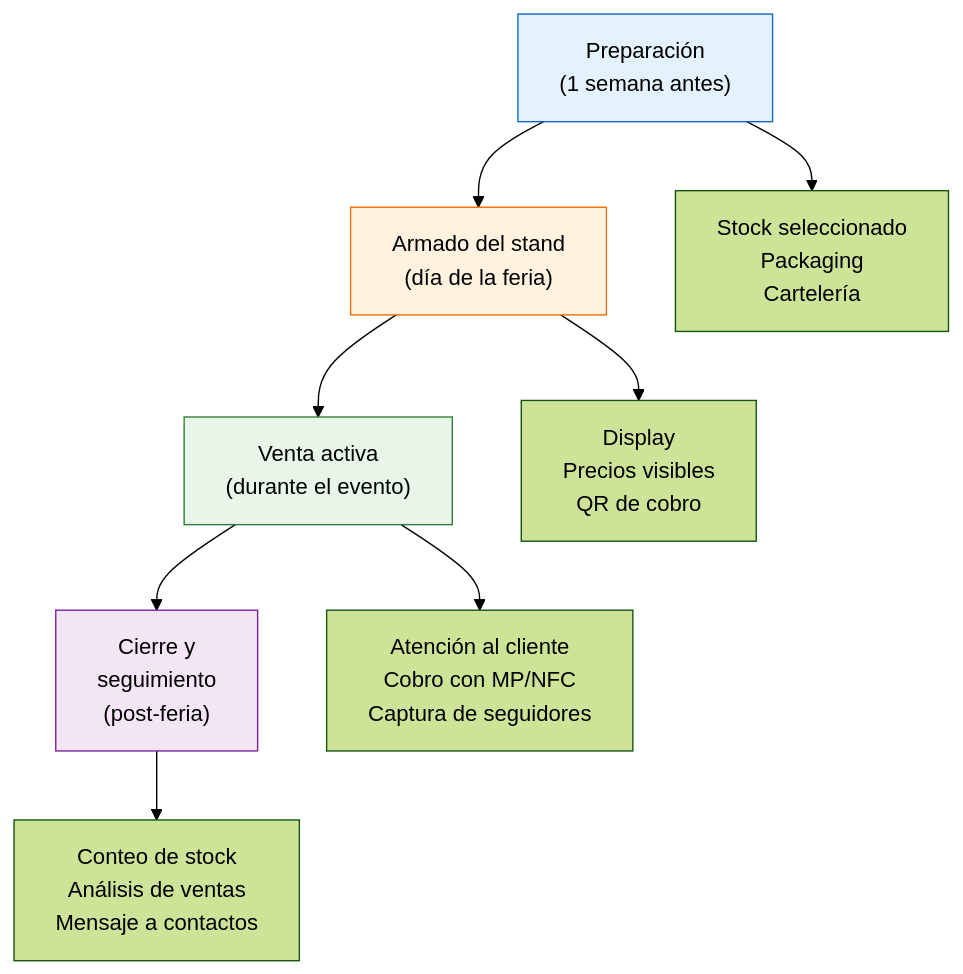
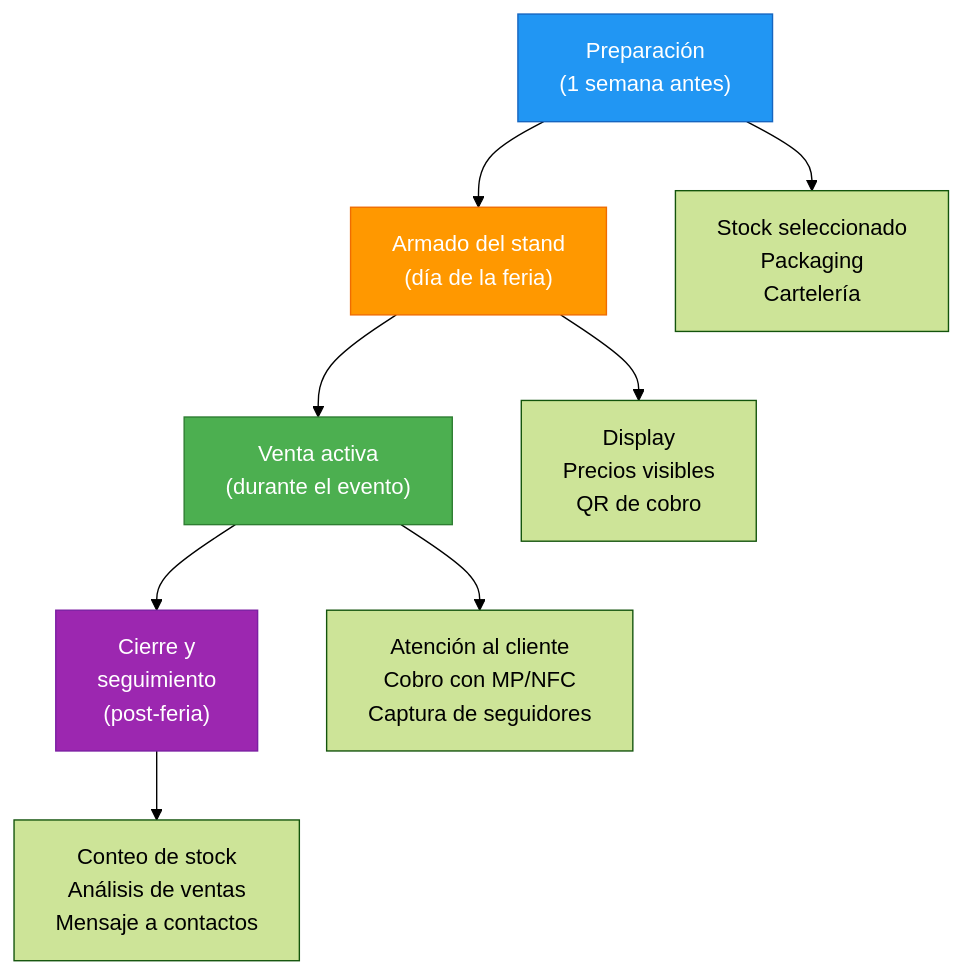
One commit to barrosignacioezequiel-coder/docs changed the diagram in app/paso1-argentina/crecer-gestionar/popup-stores-ferias.mdx. Above: the diagram before and after it, drawn with Mermaid (forest theme). The commit also changed 66 other files, not shown here.

First line of the commit message:
fix: resolve Mermaid v11 numbered list errors + improve contrast

````diff
--- a/app/paso1-argentina/crecer-gestionar/popup-stores-ferias.mdx
+++ b/app/paso1-argentina/crecer-gestionar/popup-stores-ferias.mdx
@@ -51,16 +51,16 @@
 ```mermaid
 graph TD
     A["Preparación<br/>(1 semana antes)"] --> B["Armado del stand<br/>(día de la feria)"]
     B --> C["Venta activa<br/>(durante el evento)"]
     C --> D["Cierre y<br/>seguimiento<br/>(post-feria)"]
 
     A --> A1["Stock seleccionado<br/>Packaging<br/>Cartelería"]
     B --> B1["Display<br/>Precios visibles<br/>QR de cobro"]
     C --> C1["Atención al cliente<br/>Cobro con MP/NFC<br/>Captura de seguidores"]
     D --> D1["Conteo de stock<br/>Análisis de ventas<br/>Mensaje a contactos"]
 
-    style A fill:#e3f2fd,stroke:#1565c0
-    style B fill:#fff3e0,stroke:#ef6c00
-    style C fill:#e8f5e9,stroke:#2e7d32
-    style D fill:#f3e5f5,stroke:#7b1fa2
+    style A fill:#2196f3,stroke:#1565c0,color:#fff
+    style B fill:#ff9800,stroke:#ef6c00,color:#fff
+    style C fill:#4caf50,stroke:#2e7d32,color:#fff
+    style D fill:#9c27b0,stroke:#7b1fa2,color:#fff
 ```
````
